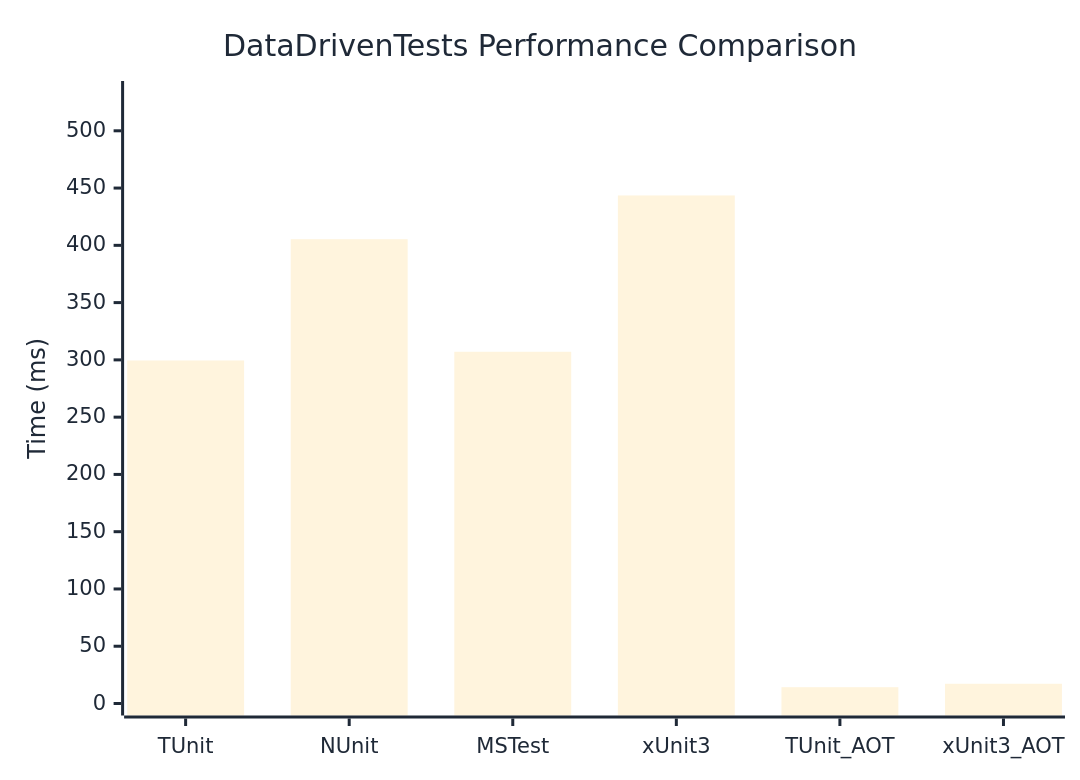
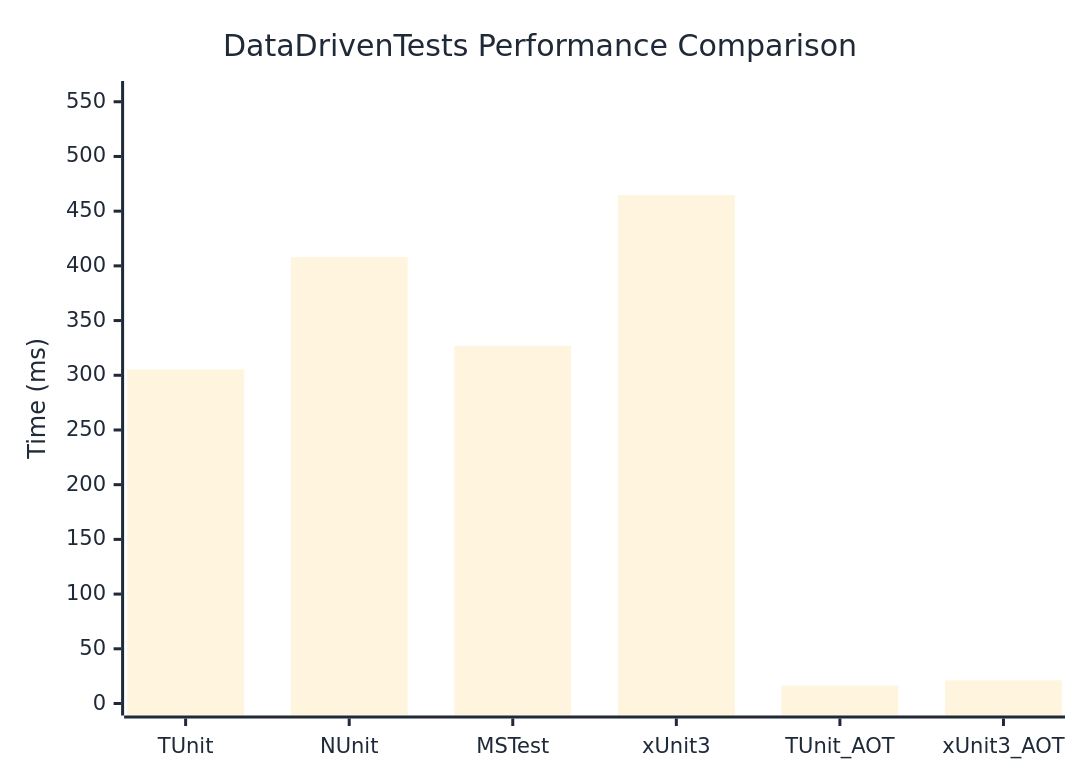
Before and after one commit to thomhurst/TUnit: the diagram in docs/docs/benchmarks/engine/DataDrivenTests.md, drawn with Mermaid. The commit also changed other lines of this file and 18 other files, not shown here.

````diff
--- a/docs/docs/benchmarks/engine/DataDrivenTests.md
+++ b/docs/docs/benchmarks/engine/DataDrivenTests.md
@@ -30,37 +30,37 @@
 ```mermaid
 %%{init: {
   'theme':'base',
   'themeVariables': {
     'primaryColor': '#2563eb',
     'primaryTextColor': '#1f2937',
     'primaryBorderColor': '#1e40af',
     'lineColor': '#6b7280',
     'secondaryColor': '#7c3aed',
     'tertiaryColor': '#dc2626',
     'background': '#ffffff',
     'mainBkg': '#2563eb',
     'secondBkg': '#7c3aed',
     'tertiaryBkg': '#dc2626',
     'clusterBkg': '#f3f4f6',
     'edgeLabelBackground': '#ffffff',
     'tertiaryTextColor': '#1f2937',
     'pie1': '#2563eb',
     'pie2': '#7c3aed',
     'pie3': '#dc2626',
     'pie4': '#f59e0b',
     'pie5': '#10b981',
     'pie6': '#06b6d4',
     'pie7': '#ec4899',
     'pie8': '#6366f1',
     'pie9': '#84cc16',
     'pie10': '#f97316',
     'pie11': '#14b8a6',
     'pie12': '#a855f7'
   }
 }}%%
 xychart-beta
   title "DataDrivenTests Performance Comparison"
   x-axis ["TUnit", "NUnit", "MSTest", "xUnit3", "TUnit_AOT", "xUnit3_AOT"]
-  y-axis "Time (ms)" 0 --> 533
-  bar [299.49, 405.36, 307.09, 443.57, 14.25, 17.24]
+  y-axis "Time (ms)" 0 --> 558
+  bar [305.32, 408.01, 326.9, 464.63, 16.43, 21.11]
 ```
````
